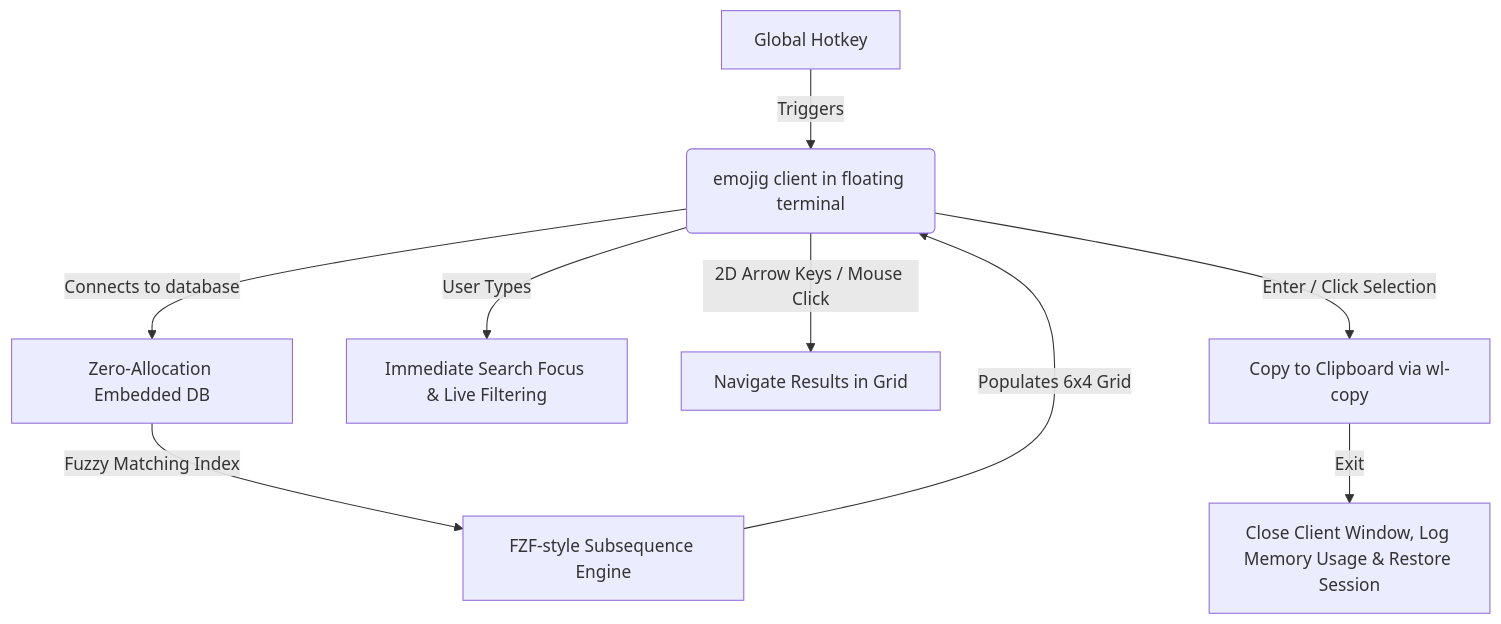
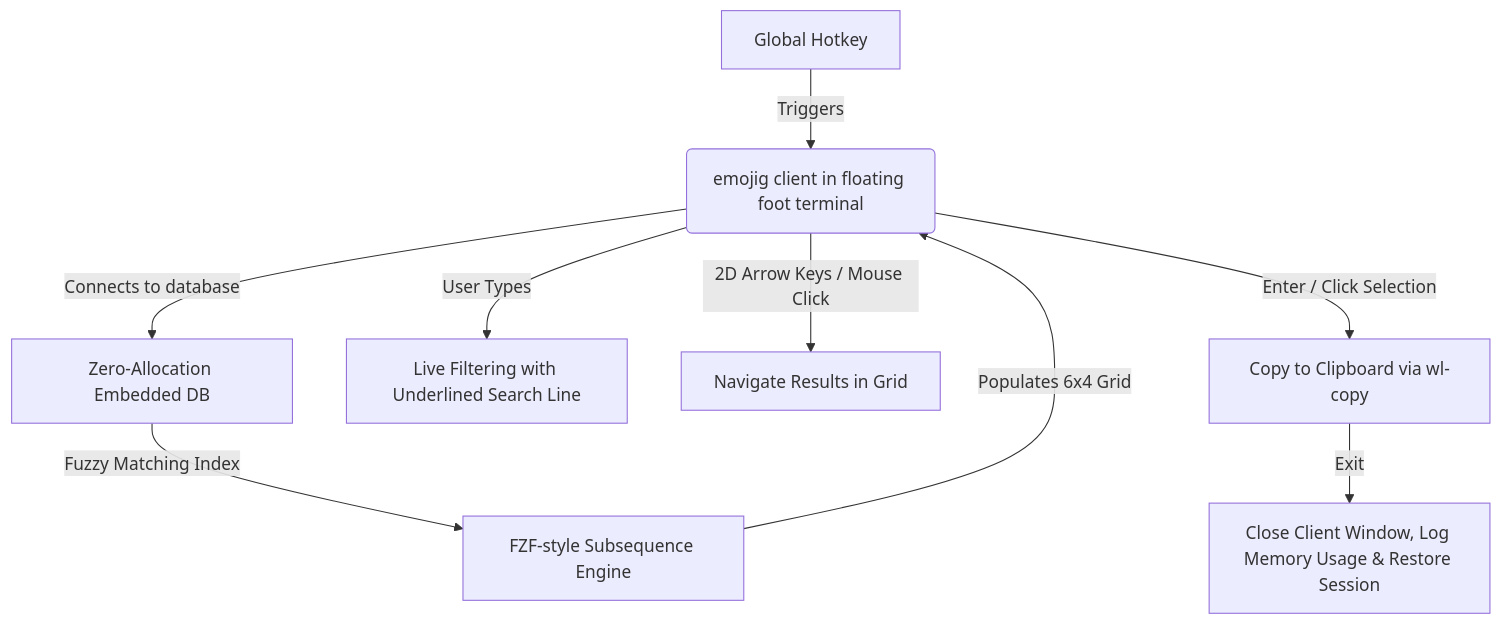
The diagram in PLAN.md (ubunatic/emojig), drawn with Mermaid before and after one commit. The commit also changed other lines of this file and 2 other files, not shown here.

````diff
--- a/PLAN.md
+++ b/PLAN.md
@@ -11,11 +11,11 @@
 ```mermaid
 graph TD
-    A[Global Hotkey] -->|Triggers| B(emojig client in floating terminal)
+    A[Global Hotkey] -->|Triggers| B(emojig client in floating foot terminal)
     B -->|Connects to database| C[Zero-Allocation Embedded DB]
     C -->|Fuzzy Matching Index| D[FZF-style Subsequence Engine]
     D -->|Populates 6x4 Grid| B
-    B -->|User Types| H[Immediate Search Focus & Live Filtering]
+    B -->|User Types| H[Live Filtering with Underlined Search Line]
     B -->|2D Arrow Keys / Mouse Click| I[Navigate Results in Grid]
     B -->|Enter / Click Selection| F[Copy to Clipboard via wl-copy]
     F -->|Exit| G[Close Client Window, Log Memory Usage & Restore Session]
 ```
````
